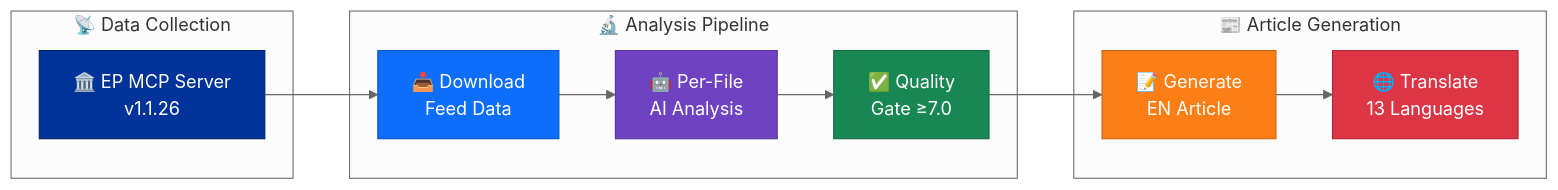
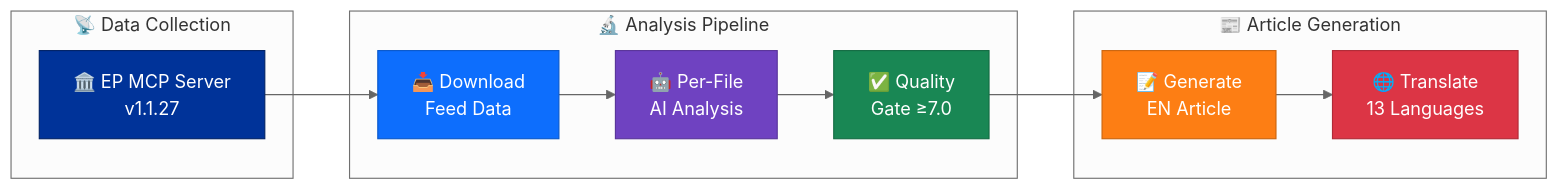
Before and after one commit to Hack23/euparliamentmonitor: the first of 7 diagrams in analysis/README.md, drawn with Mermaid (neutral theme). The commit also changed other lines of this file and 27 other files, not shown here.

First line of the commit message:
chore: update european-parliament-mcp-server from 1.1.26 to 1.1.27 across all agentic workflows, MCP config, and documentation

````diff
--- a/analysis/README.md
+++ b/analysis/README.md
@@ -63,26 +63,26 @@
 ```mermaid
 flowchart LR
     subgraph "📡 Data Collection"
-        EP["🏛️ EP MCP Server\nv1.1.26"]
+        EP["🏛️ EP MCP Server\nv1.1.27"]
     end
 
     subgraph "🔬 Analysis Pipeline"
         DL["📥 Download\nFeed Data"]
         AI["🤖 Per-File\nAI Analysis"]
         QG["✅ Quality\nGate ≥7.0"]
     end
 
     subgraph "📰 Article Generation"
         GEN["📝 Generate\nEN Article"]
         TR["🌐 Translate\n13 Languages"]
     end
 
     EP --> DL --> AI --> QG --> GEN --> TR
 
     style EP fill:#003399,stroke:#002266,color:#fff
     style DL fill:#0d6efd,stroke:#0a58ca,color:#fff
     style AI fill:#6f42c1,stroke:#59359a,color:#fff
     style QG fill:#198754,stroke:#146c43,color:#fff
     style GEN fill:#fd7e14,stroke:#ca6510,color:#fff
     style TR fill:#dc3545,stroke:#b02a37,color:#fff
 ```
````
